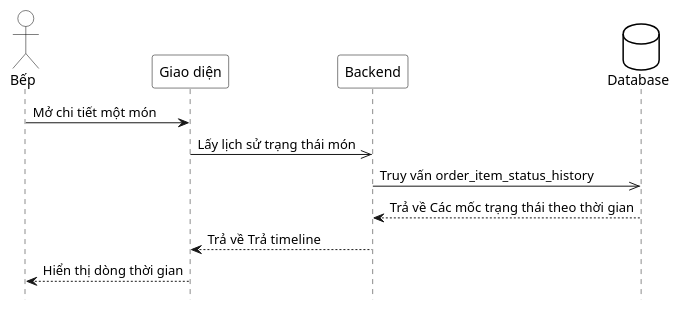
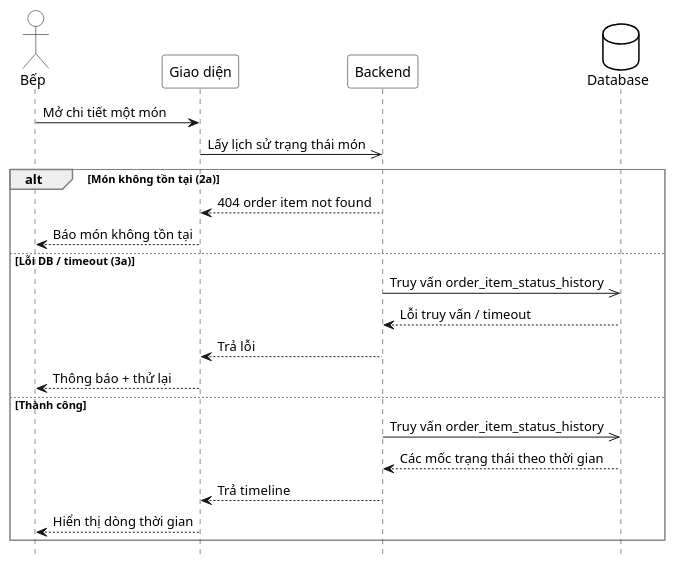
One commit to thanhhoa3514/restaurant-management changed the diagram in docs/use-cases/uc-bep-19-lich-su-trang-thai-mon.md. Above: the diagram before and after it, drawn with PlantUML. The commit also changed other lines of this file and 98 other files, not shown here.

````diff
--- a/docs/use-cases/uc-bep-19-lich-su-trang-thai-mon.md
+++ b/docs/use-cases/uc-bep-19-lich-su-trang-thai-mon.md
@@ -52,30 +54,41 @@
 ```plantuml
 @startuml
 hide footbox
 skinparam participant {
  BackgroundColor White
  BorderColor Black
 }
 skinparam actor {
  BackgroundColor White
  BorderColor Black
 }
 skinparam database {
  BackgroundColor White
  BorderColor Black
 }
 skinparam sequenceGroupBorderThickness 1
 skinparam sequenceGroupBorderColor Gray
 actor "Bếp" as A
 participant "Giao diện" as UI
 participant "Backend" as BE
 database "Database" as DB
 
 A -> UI : Mở chi tiết một món
 UI ->> BE : Lấy lịch sử trạng thái món
-BE ->> DB : Truy vấn order_item_status_history
-DB --> BE : Trả về Các mốc trạng thái theo thời gian
-BE --> UI : Trả về Trả timeline
-UI --> A : Hiển thị dòng thời gian
+
+alt Món không tồn tại (2a)
+ BE --> UI : 404 order item not found
+ UI --> A : Báo món không tồn tại
+else Lỗi DB / timeout (3a)
+ BE ->> DB : Truy vấn order_item_status_history
+ DB --> BE : Lỗi truy vấn / timeout
+ BE --> UI : Trả lỗi
+ UI --> A : Thông báo + thử lại
+else Thành công
+ BE ->> DB : Truy vấn order_item_status_history
+ DB --> BE : Các mốc trạng thái theo thời gian
+ BE --> UI : Trả timeline
+ UI --> A : Hiển thị dòng thời gian
+end
 @enduml
 ```
````
